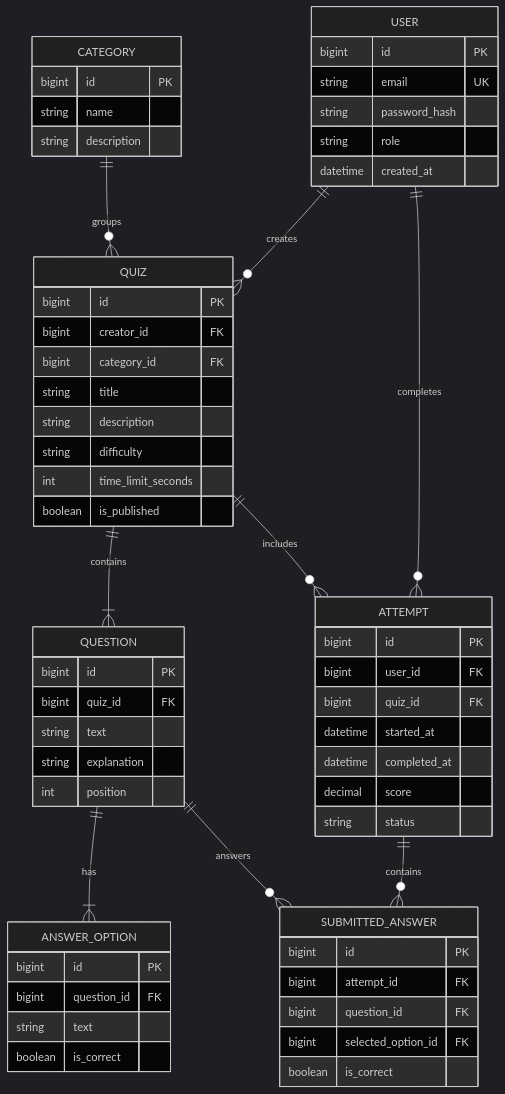
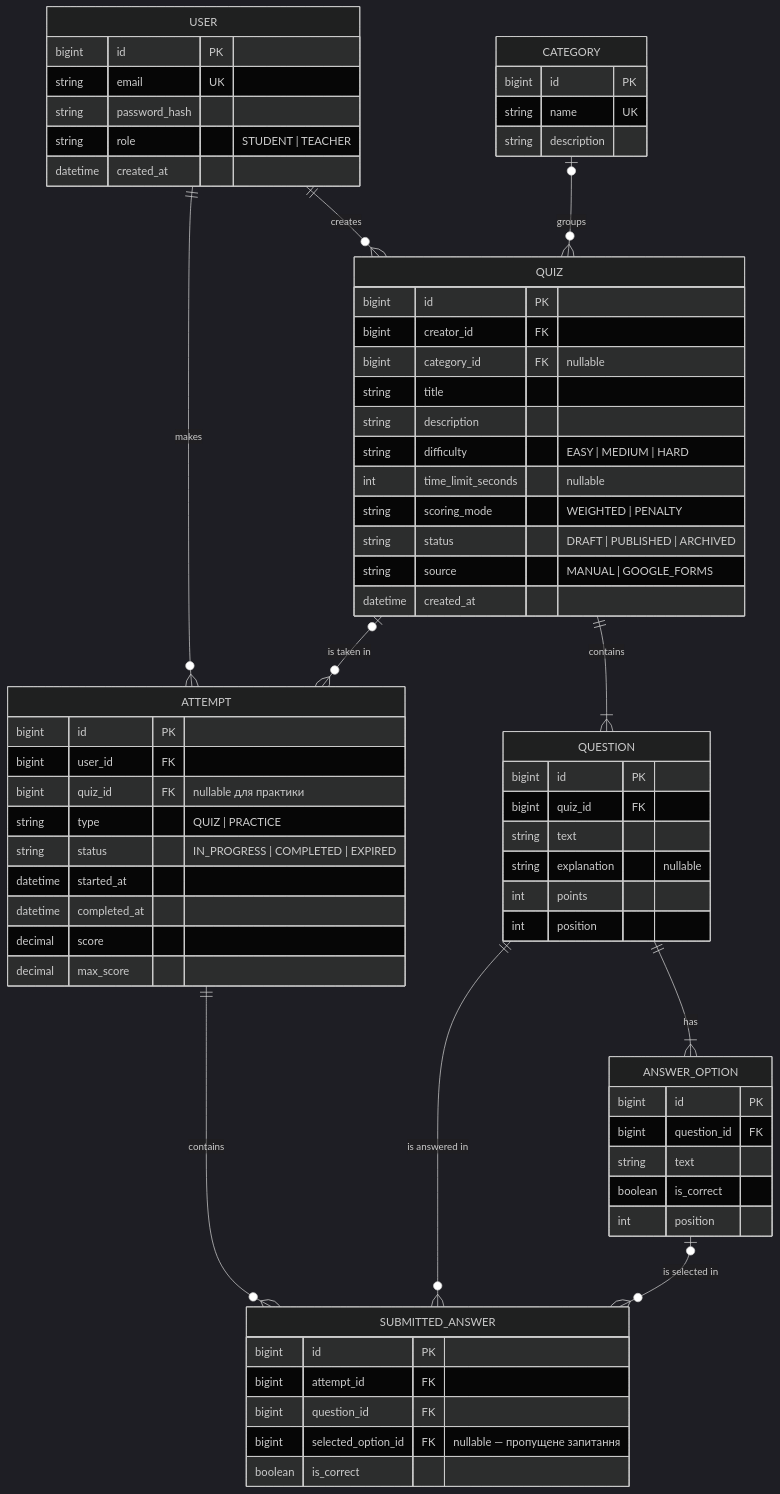
The second of 5 diagrams in SDD.md (MariiaPysarenko/QuizApp), drawn with Mermaid (dark theme) before and after one commit. The commit also changed other lines of this file and 1 other file, not shown here.

````diff
--- a/SDD.md
+++ b/SDD.md
@@ -100,69 +132,77 @@
 ```mermaid
 erDiagram
     USER ||--o{ QUIZ : creates
-    CATEGORY ||--o{ QUIZ : groups
+    CATEGORY |o--o{ QUIZ : groups
     QUIZ ||--|{ QUESTION : contains
     QUESTION ||--|{ ANSWER_OPTION : has
-    USER ||--o{ ATTEMPT : completes
-    QUIZ ||--o{ ATTEMPT : includes
+    USER ||--o{ ATTEMPT : makes
+    QUIZ |o--o{ ATTEMPT : "is taken in"
     ATTEMPT ||--o{ SUBMITTED_ANSWER : contains
-    QUESTION ||--o{ SUBMITTED_ANSWER : answers
-
+    QUESTION ||--o{ SUBMITTED_ANSWER : "is answered in"
+    ANSWER_OPTION |o--o{ SUBMITTED_ANSWER : "is selected in"
+ 
     USER {
         bigint id PK
         string email UK
         string password_hash
-        string role
+        string role "STUDENT | TEACHER"
         datetime created_at
     }
-
+ 
     CATEGORY {
         bigint id PK
-        string name
+        string name UK
         string description
     }
-
+ 
     QUIZ {
         bigint id PK
         bigint creator_id FK
-        bigint category_id FK
+        bigint category_id FK "nullable"
         string title
         string description
-        string difficulty
-        int time_limit_seconds
-        boolean is_published
+        string difficulty "EASY | MEDIUM | HARD"
+        int time_limit_seconds "nullable"
+        string scoring_mode "WEIGHTED | PENALTY"
+        string status "DRAFT | PUBLISHED | ARCHIVED"
+        string source "MANUAL | GOOGLE_FORMS"
+        datetime created_at
     }
-
+ 
     QUESTION {
         bigint id PK
         bigint quiz_id FK
         string text
-        string explanation
+        string explanation "nullable"
+        int points
         int position
     }
-
+ 
     ANSWER_OPTION {
         bigint id PK
         bigint question_id FK
         string text
         boolean is_correct
+        int position
     }
-
+ 
     ATTEMPT {
         bigint id PK
         bigint user_id FK
-        bigint quiz_id FK
+        bigint quiz_id FK "nullable для практики"
+        string type "QUIZ | PRACTICE"
+        string status "IN_PROGRESS | COMPLETED | EXPIRED"
         datetime started_at
         datetime completed_at
         decimal score
-        string status
+        decimal max_score
     }
-
+ 
     SUBMITTED_ANSWER {
         bigint id PK
         bigint attempt_id FK
         bigint question_id FK
-        bigint selected_option_id FK
+        bigint selected_option_id FK "nullable — пропущене запитання"
         boolean is_correct
     }
 ```
````
